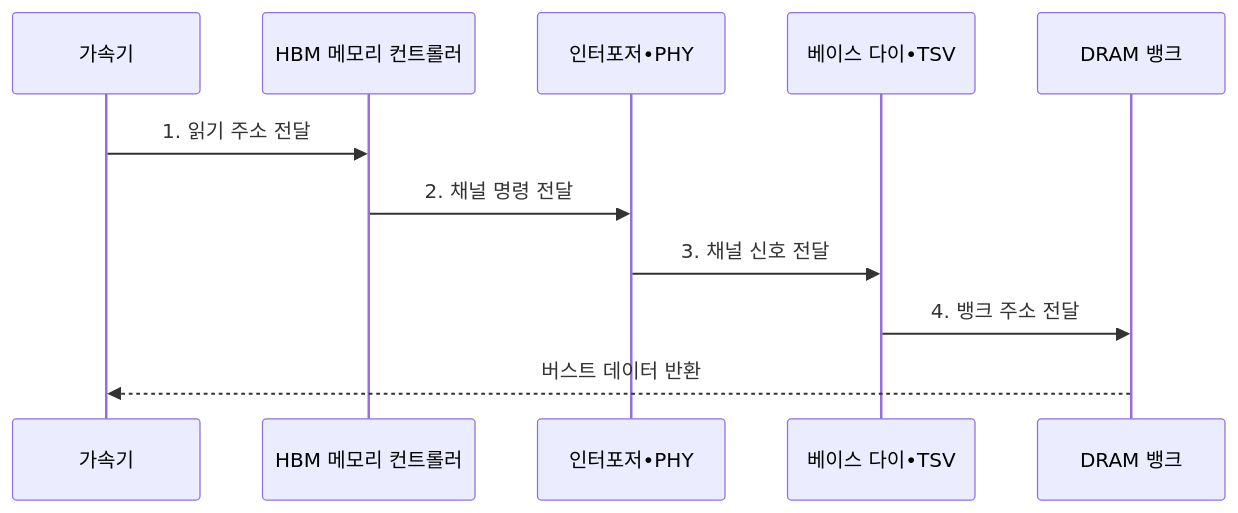
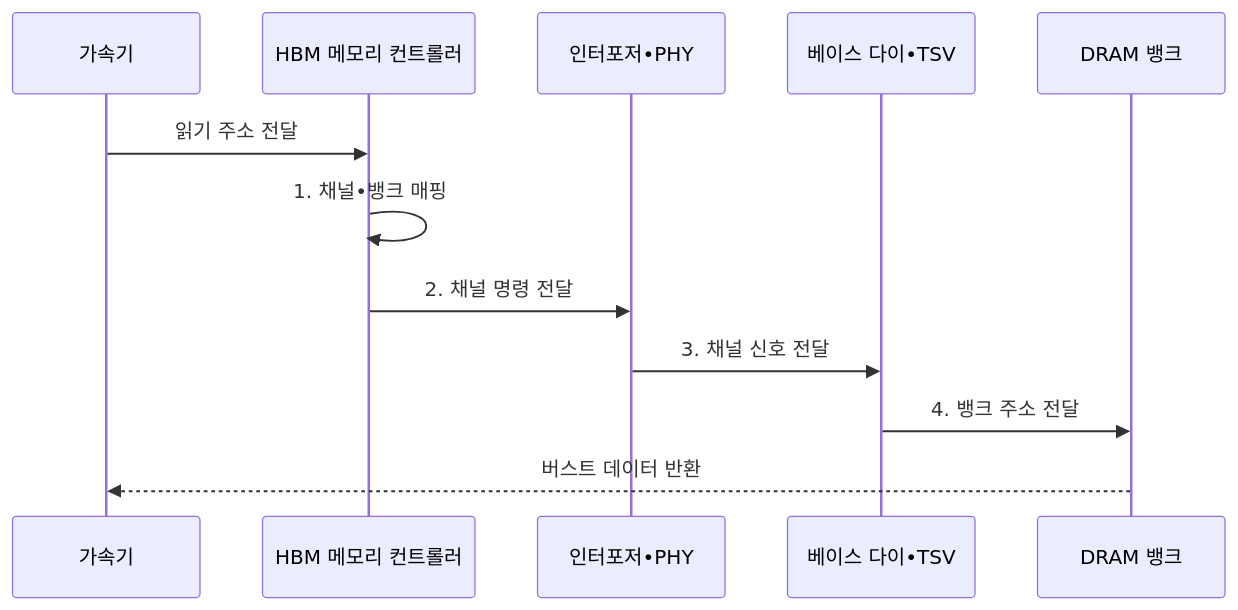
Before and after one commit to agnusdei1207/knowledge-base: the second of 2 diagrams in src/content/docs/notes/02-hardware/025_hbm.md, drawn with Mermaid. The commit also changed other lines of this file and 9 other files, not shown here.

````diff
--- a/src/content/docs/notes/02-hardware/025_hbm.md
+++ b/src/content/docs/notes/02-hardware/025_hbm.md
@@ -104,14 +104,15 @@
 ```mermaid
 sequenceDiagram
     participant A as 가속기
     participant C as HBM 메모리 컨트롤러
     participant I as 인터포저•PHY
     participant V as 베이스 다이•TSV
     participant D as DRAM 뱅크
 
-    A->>C: 1. 읽기 주소 전달
+    A->>C: 읽기 주소 전달
+    C->>C: 1. 채널•뱅크 매핑
     C->>I: 2. 채널 명령 전달
     I->>V: 3. 채널 신호 전달
     V->>D: 4. 뱅크 주소 전달
     D-->>A: 버스트 데이터 반환
 ```
````
